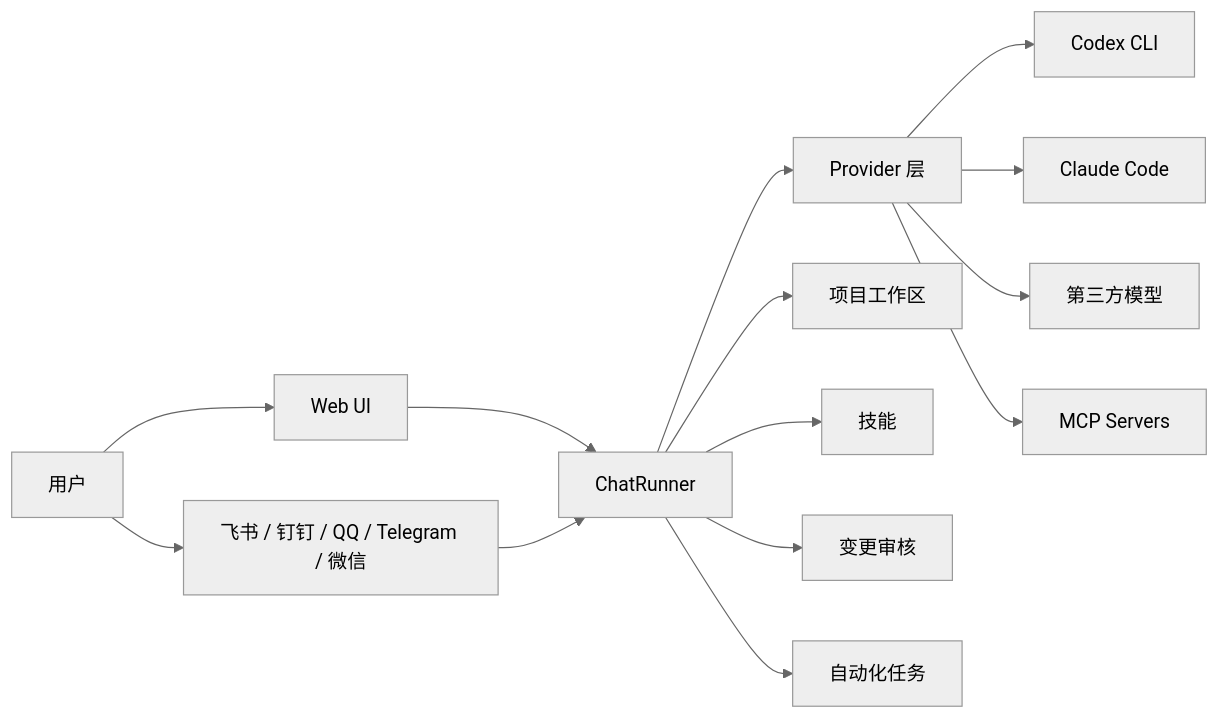
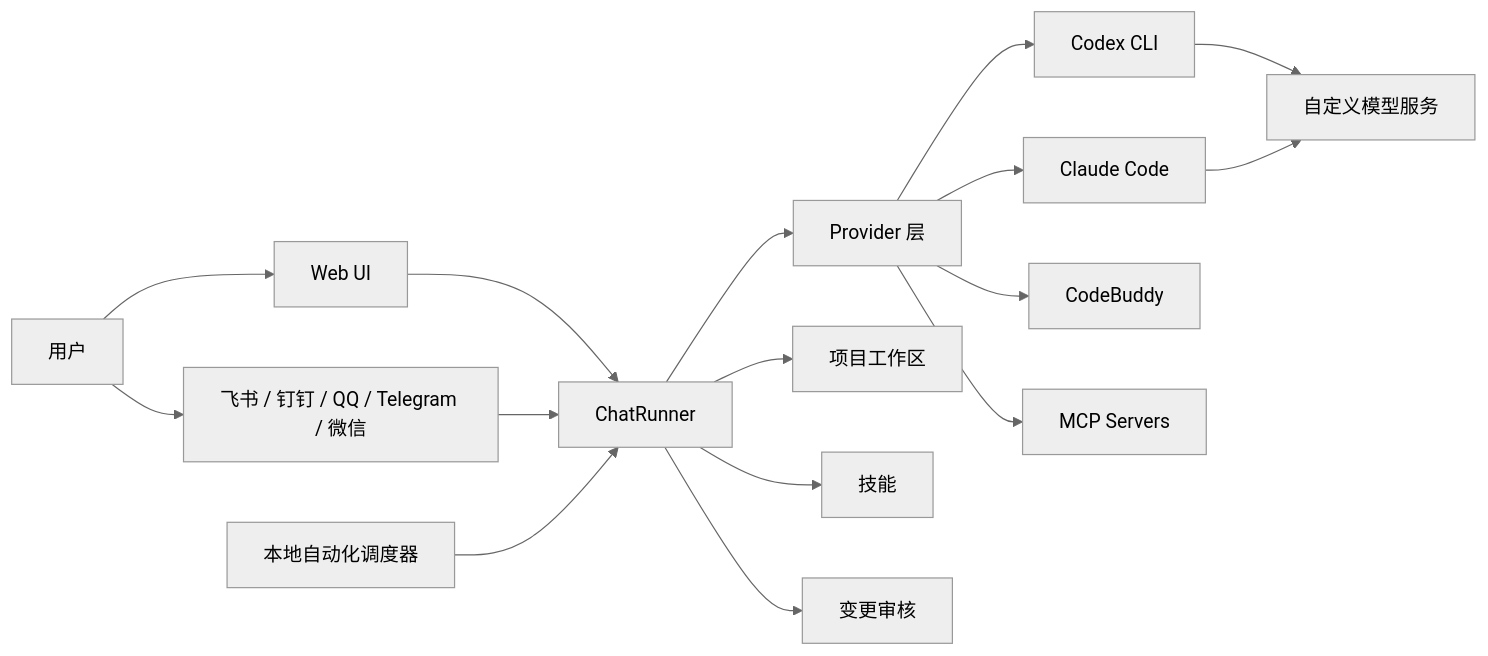
Before and after one commit to 1935417243/AnyBot: the diagram in README_CN.md, drawn with Mermaid (neutral theme). The commit also changed other lines of this file and 4 other files, not shown here.

````diff
--- a/README_CN.md
+++ b/README_CN.md
@@ -70,16 +71,18 @@
 ```mermaid
 flowchart LR
     User[用户] --> WebUI[Web UI]
     User --> Channels[飞书 / 钉钉 / QQ / Telegram / 微信]
     WebUI --> Runner[ChatRunner]
     Channels --> Runner
+    Automation[本地自动化调度器] --> Runner
     Runner --> Providers[Provider 层]
     Providers --> Codex[Codex CLI]
     Providers --> Claude[Claude Code]
-    Providers --> ThirdParty[第三方模型]
+    Providers --> CodeBuddy[CodeBuddy]
+    Codex --> ThirdParty[自定义模型服务]
+    Claude --> ThirdParty
     Providers --> MCP[MCP Servers]
     Runner --> Workspace[项目工作区]
     Runner --> Skills[技能]
     Runner --> Review[变更审核]
-    Runner --> Automation[自动化任务]
 ```
````
